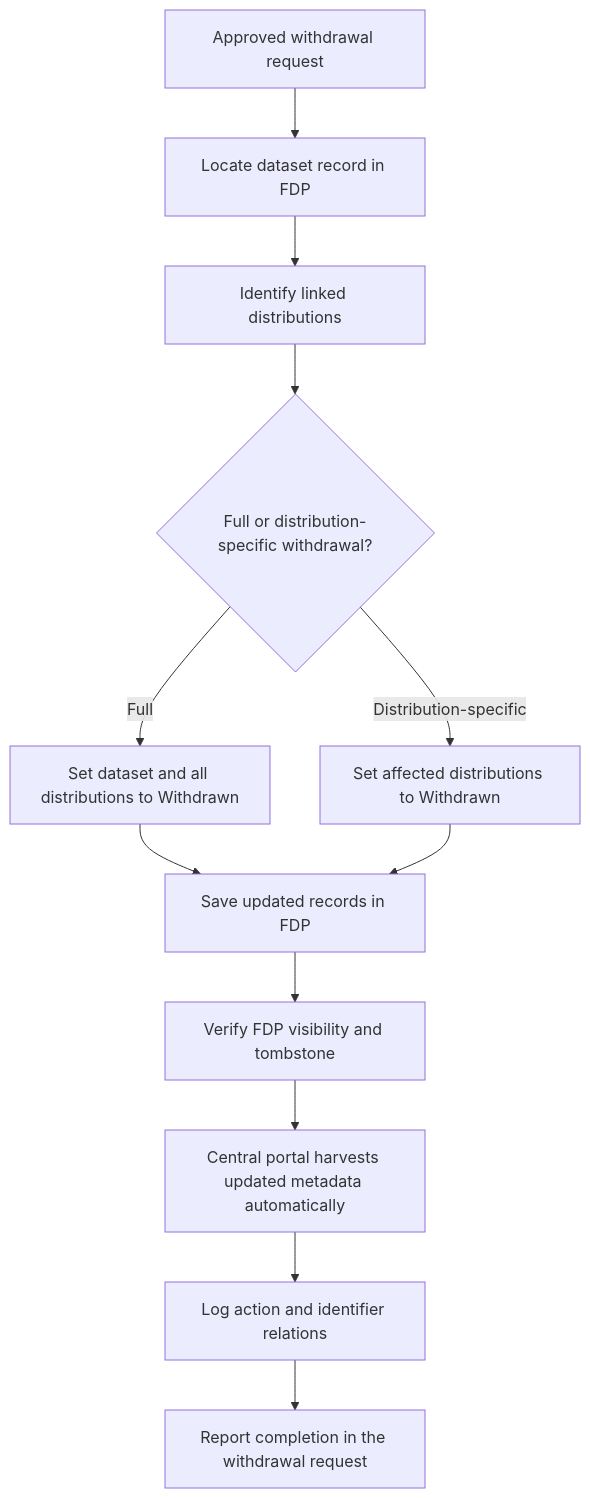
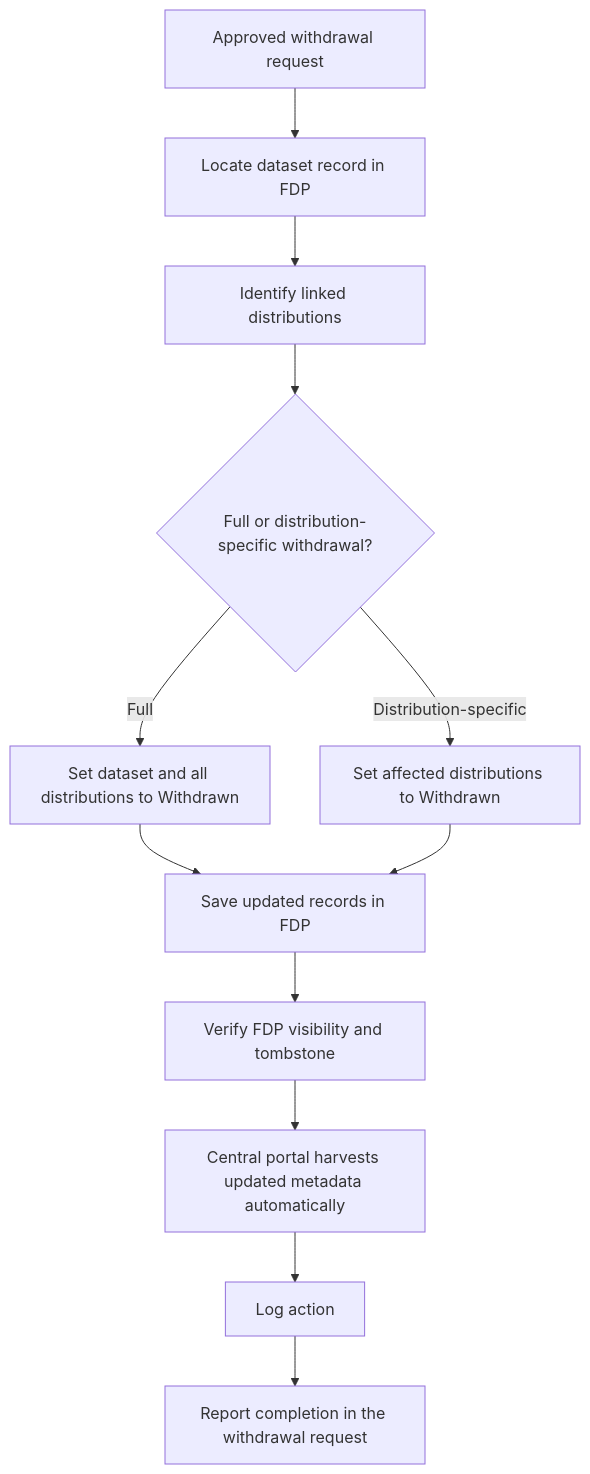
Before and after one commit to M-casado/standard-operating-procedures: the diagram in sops/node-specific/GDI-SOP0011_withdraw-dataset-from-node-fair-data-point.md, drawn with Mermaid. The commit also changed other lines of this file, not shown here.

````diff
--- a/sops/node-specific/GDI-SOP0011_withdraw-dataset-from-node-fair-data-point.md
+++ b/sops/node-specific/GDI-SOP0011_withdraw-dataset-from-node-fair-data-point.md
@@ -80,19 +89,19 @@
 ```mermaid
-flowchart TD
+flowchart TB
     request["Approved withdrawal request"]
     find["Locate dataset record in FDP"]
     dist["Identify linked distributions"]
     scope{"Full or distribution-specific withdrawal?"}
     full["Set dataset and all distributions to Withdrawn"]
     partial["Set affected distributions to Withdrawn"]
     save["Save updated records in FDP"]
     verify["Verify FDP visibility and tombstone"]
     harvest["Central portal harvests updated metadata automatically"]
-    log["Log action and identifier relations"]
+    log["Log action"]
     report["Report completion in the withdrawal request"]
 
     request --> find --> dist --> scope
     scope -->|Full| full --> save
     scope -->|Distribution-specific| partial --> save
     save --> verify --> harvest --> log --> report
 ```
````
